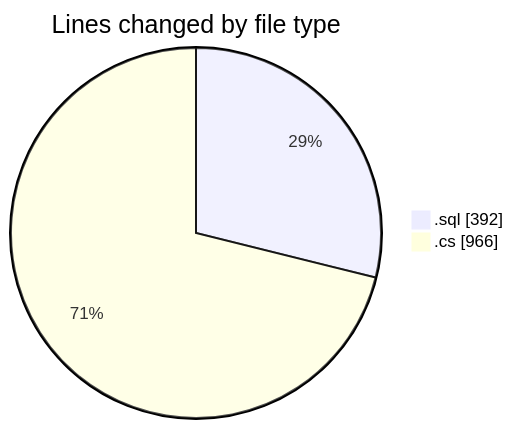
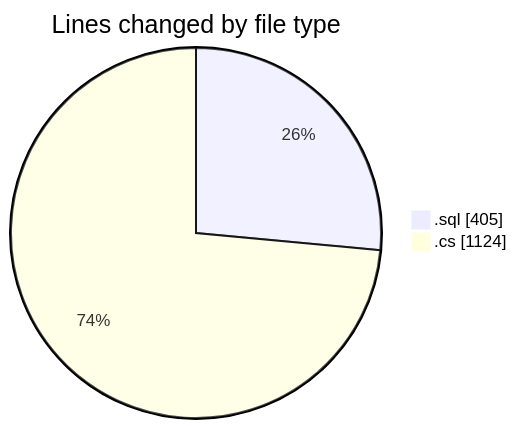
One commit to lephambinh05/code-tracking changed the first of 2 diagrams in 2025-07-23/quanlyrapchieuphim/README.md. Above: the diagram before and after it, drawn with Mermaid. The commit also changed other lines of this file and 1 other file, not shown here.

````diff
--- a/2025-07-23/quanlyrapchieuphim/README.md
+++ b/2025-07-23/quanlyrapchieuphim/README.md
@@ -22,6 +24,6 @@
 ```mermaid
 pie showData
 title Lines changed by file type
-".sql" : 392
-".cs" : 966
+".sql" : 405
+".cs" : 1124
 ```
````
